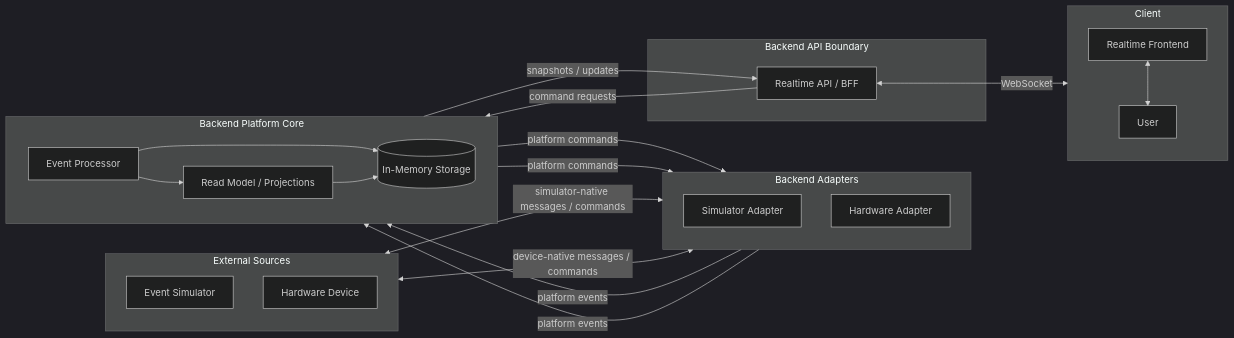
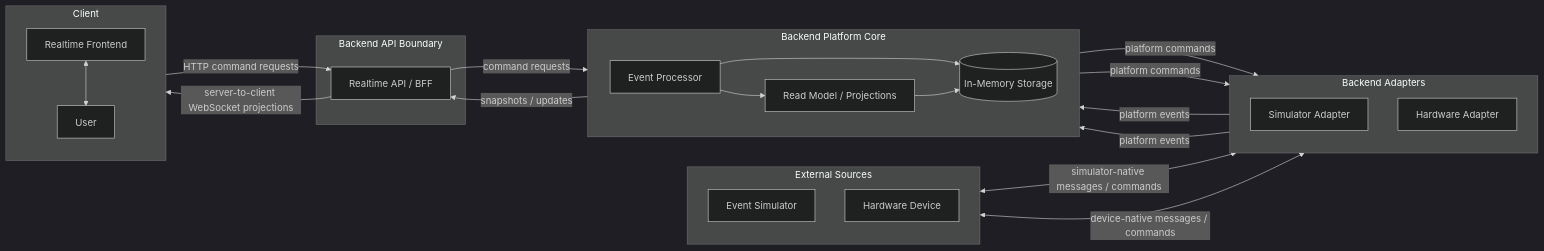
The diagram in docs/architecture/system-context.md (SzymonAntczak/smart-room-realtime-control-platform), drawn with Mermaid (dark theme) before and after one commit. The commit also changed other lines of this file and 8 other files, not shown here.

Commit message:
Document LED command architecture

````diff
--- a/docs/architecture/system-context.md
+++ b/docs/architecture/system-context.md
@@ -6,49 +6,50 @@
 ```mermaid
 flowchart LR
     subgraph external[External Sources]
         direction TB
         simulator[Event Simulator]
         hardware[Hardware Device]
     end
 
     subgraph adapters[Backend Adapters]
         direction TB
         simAdapter[Simulator Adapter]
         hardwareAdapter[Hardware Adapter]
     end
 
     subgraph platform[Backend Platform Core]
         direction LR
         processor[Event Processor]
         readModel[Read Model / Projections]
         storage[(In-Memory Storage)]
 
         processor --> readModel
         processor --> storage
         readModel --> storage
     end
 
     subgraph apiBoundary[Backend API Boundary]
         api[Realtime API / BFF]
     end
 
     subgraph client[Client]
         direction TB
         ui[Realtime Frontend]
         user[User]
     end
 
     simulator <-->|simulator-native messages / commands| simAdapter
     hardware <-->|device-native messages / commands| hardwareAdapter
 
     simAdapter -->|platform events| processor
     hardwareAdapter -->|platform events| processor
 
     readModel -->|snapshots / updates| api
-    api <-->|WebSocket| ui
+    api -->|server-to-client WebSocket projections| ui
+    ui -->|HTTP command requests| api
     ui <--> user
 
     api -->|command requests| processor
     processor -->|platform commands| simAdapter
     processor -->|platform commands| hardwareAdapter
 ```
````
